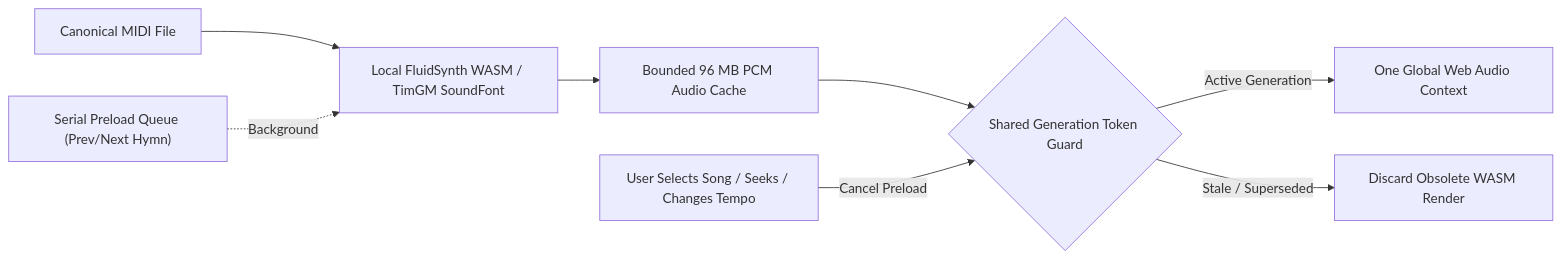
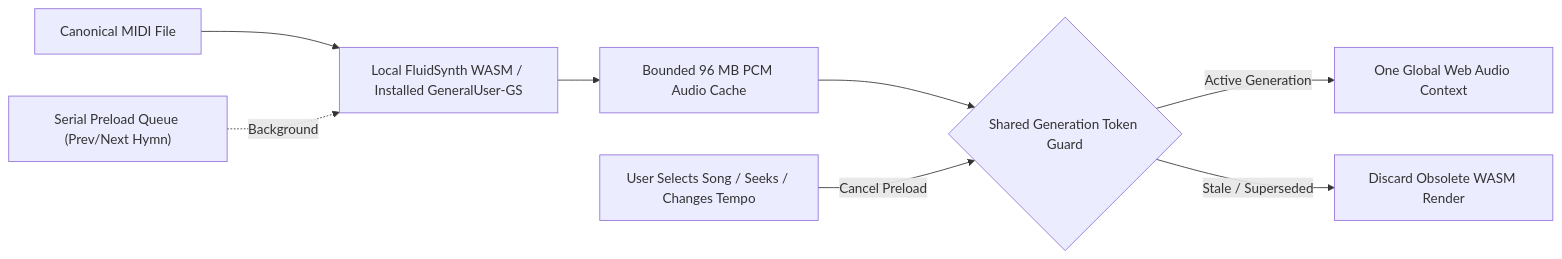
One commit to gyspnk/GYSApp-Tauri changed diagram 12 of 21 in docs/architecture.md. Above: the diagram before and after it, drawn with Mermaid. The commit also changed other lines of this file and 92 other files, not shown here.

````diff
--- a/docs/architecture.md
+++ b/docs/architecture.md
@@ -306,10 +304,10 @@
 ```mermaid
 flowchart LR
-  MIDI["Canonical MIDI File"] --> SYNTH["Local FluidSynth WASM / TimGM SoundFont"]
+  MIDI["Canonical MIDI File"] --> SYNTH["Local FluidSynth WASM / Installed GeneralUser-GS"]
   SYNTH --> PCMCACHE["Bounded 96 MB PCM Audio Cache"]
   PCMCACHE --> GEN{"Shared Generation Token Guard"}
   GEN -->|Active Generation| AUDIO["One Global Web Audio Context"]
   GEN -->|Stale / Superseded| DISCARD["Discard Obsolete WASM Render"]
   QUEUE["Serial Preload Queue (Prev/Next Hymn)"] -. Background .-> SYNTH
   FOREGROUND["User Selects Song / Seeks / Changes Tempo"] -->|Cancel Preload| GEN
 ```
````
